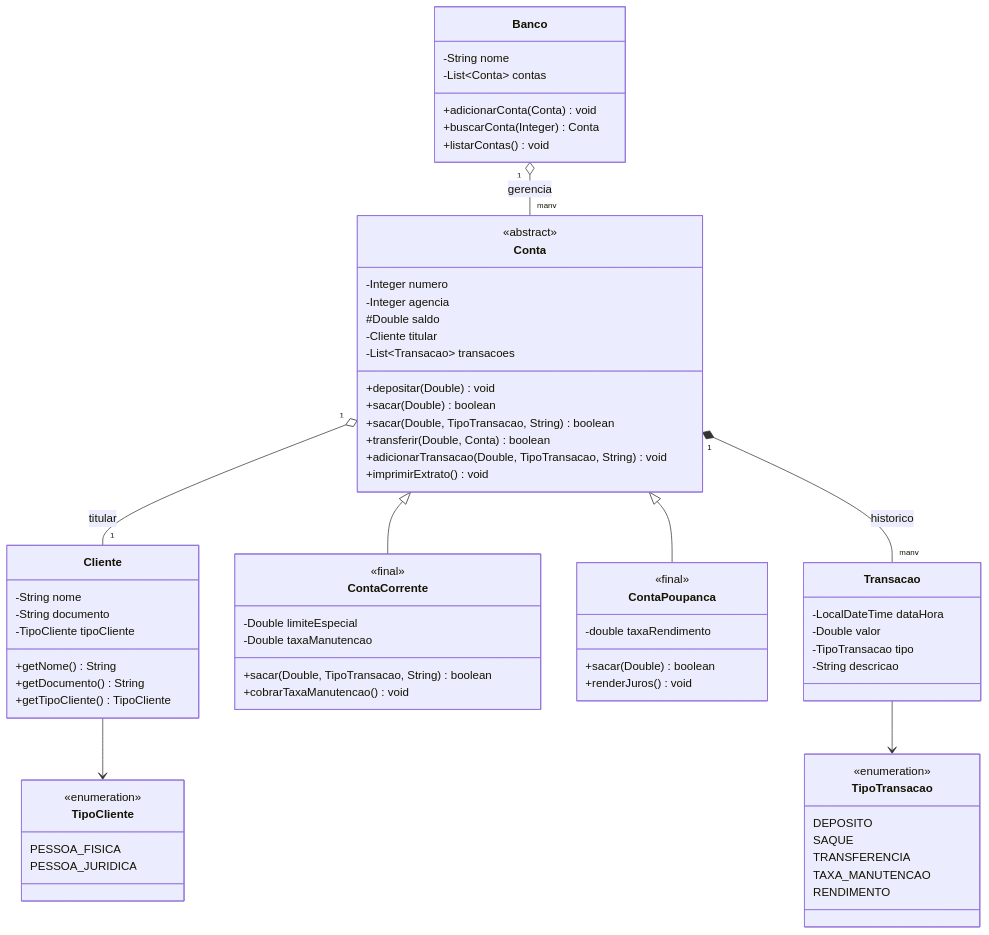
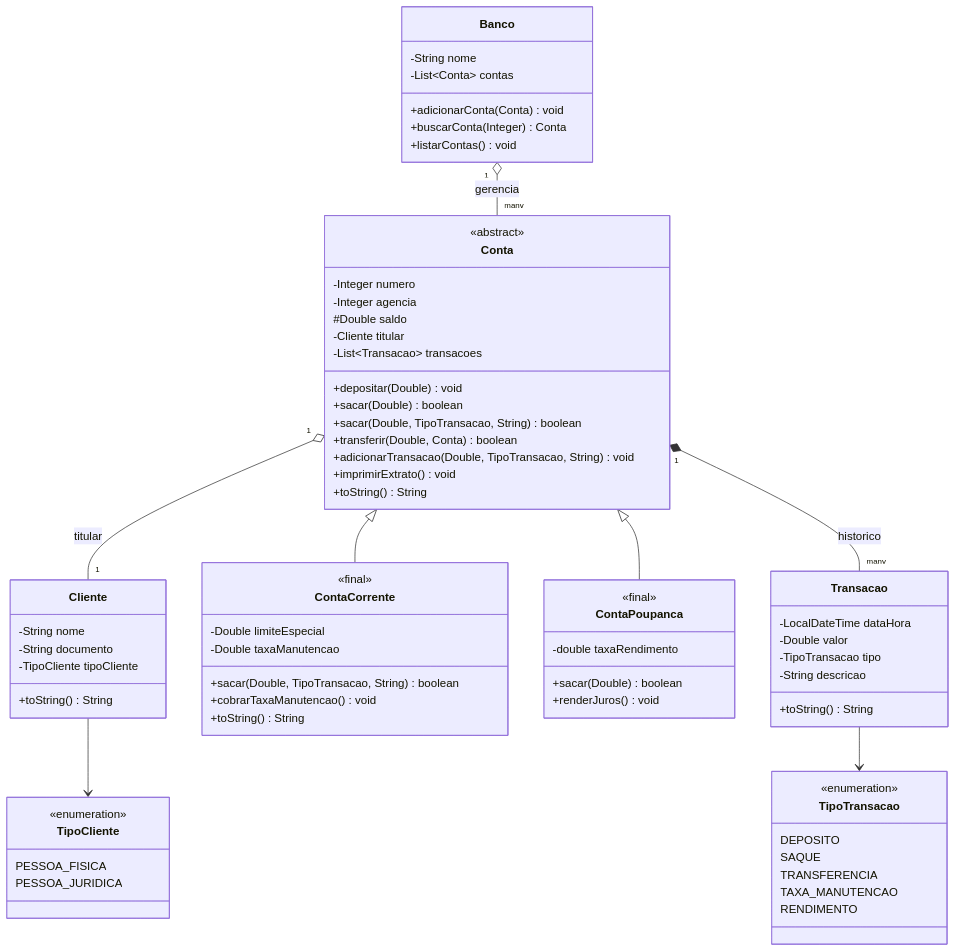
The diagram in README.md (vitoriagblima/bank-simulator), drawn with Mermaid before and after one commit.

Commit message:
docs(uml): atualiza diagrama no README para refletir o estado atual do código
- Remove getters e setters do diagrama UML para evitar poluição visual.\n- Adiciona a indicação dos métodos toString nas classes Conta, ContaCorrente e Transacao.

````diff
--- a/README.md
+++ b/README.md
@@ -122,79 +122,80 @@
 ```mermaid
 classDiagram
     class Cliente {
         -String nome
         -String documento
         -TipoCliente tipoCliente
-        +getNome() String
-        +getDocumento() String
-        +getTipoCliente() TipoCliente
+        +toString() String
     }
 
     class Conta {
         <<abstract>>
         -Integer numero
         -Integer agencia
         #Double saldo
         -Cliente titular
         -List~Transacao~ transacoes
         +depositar(Double) void
         +sacar(Double) boolean
         +sacar(Double, TipoTransacao, String) boolean
         +transferir(Double, Conta) boolean
         +adicionarTransacao(Double, TipoTransacao, String) void
         +imprimirExtrato() void
+        +toString() String
     }
 
     class ContaCorrente {
         <<final>>
         -Double limiteEspecial
         -Double taxaManutencao
         +sacar(Double, TipoTransacao, String) boolean
         +cobrarTaxaManutencao() void
+        +toString() String
     }
 
     class ContaPoupanca {
         <<final>>
         -double taxaRendimento
         +sacar(Double) boolean
         +renderJuros() void
     }
 
     class Transacao {
         -LocalDateTime dataHora
         -Double valor
         -TipoTransacao tipo
         -String descricao
+        +toString() String
     }
 
     class Banco {
         -String nome
         -List~Conta~ contas
         +adicionarConta(Conta) void
         +buscarConta(Integer) Conta
         +listarContas() void
     }
 
     class TipoCliente {
         <<enumeration>>
         PESSOA_FISICA
         PESSOA_JURIDICA
     }
 
     class TipoTransacao {
         <<enumeration>>
         DEPOSITO
         SAQUE
         TRANSFERENCIA
         TAXA_MANUTENCAO
         RENDIMENTO
     }
 
     Conta <|-- ContaCorrente
     Conta <|-- ContaPoupanca
     Conta "1" o-- "1" Cliente : titular
     Conta "1" *-- "many" Transacao : historico
     Banco "1" o-- "many" Conta : gerencia
     Cliente --> TipoCliente
     Transacao --> TipoTransacao
 ```
````
